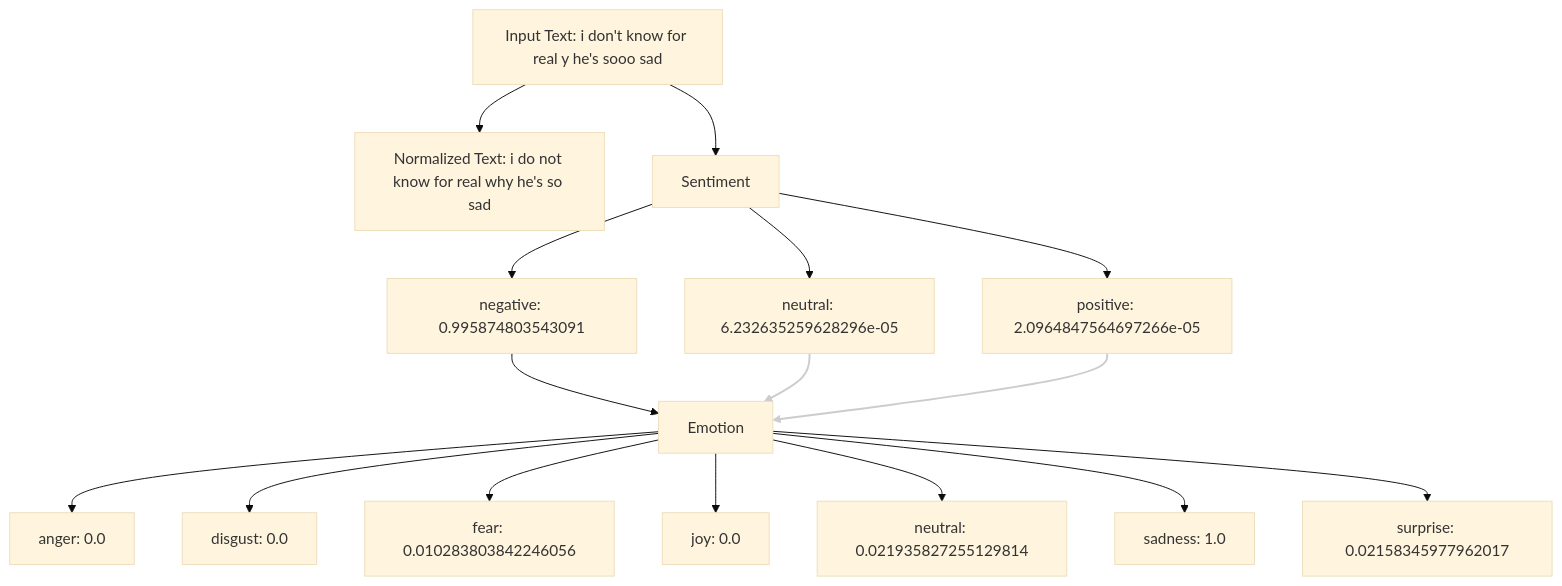
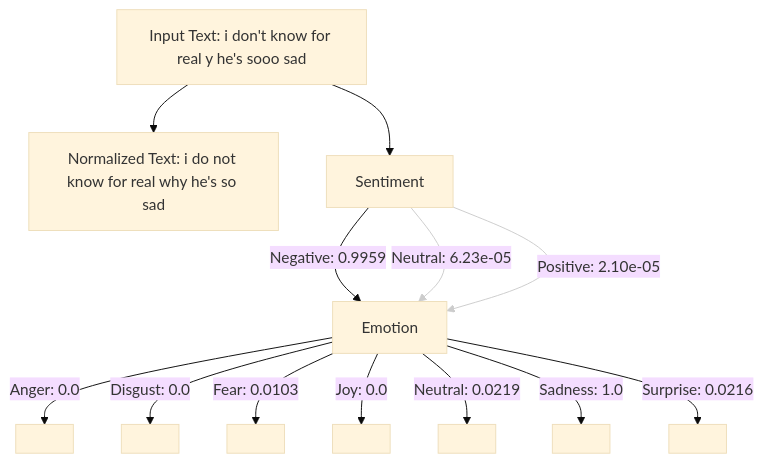
The first of 3 diagrams in README.md (ArchismanKarmakar/Tachygraphy-Microtext-Analysis-And-Normalization), drawn with Mermaid (base theme) before and after one commit. The commit also changed other lines of this file, not shown here.

````diff
--- a/README.md
+++ b/README.md
@@ -72,43 +72,27 @@
 ```mermaid
 graph TD;
     A["Input Text: i don't know for real y he's sooo sad"]
     B["Normalized Text: i do not know for real why he's so sad"]
     C["Sentiment"]
     
-    D["negative: 0.995874803543091"]
-    E["neutral: 6.232635259628296e-05"]
-    F["positive: 2.0964847564697266e-05"]
+    C -- Negative: 0.9959 --> G["Emotion"]
+    C -- Neutral: 6.23e-05 --> G
+    C -- Positive: 2.10e-05 --> G
 
-    G["Emotion"]
-    
-    H["anger: 0.0"]
-    I["disgust: 0.0"]
-    J["fear: 0.010283803842246056"]
-    K["joy: 0.0"]
-    L["neutral: 0.021935827255129814"]
-    M["sadness: 1.0"]
-    N["surprise: 0.02158345977962017"]
+    G -- Anger: 0.0 --> H[" "]
+    G -- Disgust: 0.0 --> I[" "]
+    G -- Fear: 0.0103 --> J[" "]
+    G -- Joy: 0.0 --> K[" "]
+    G -- Neutral: 0.0219 --> L[" "]
+    G -- Sadness: 1.0 --> M[" "]
+    G -- Surprise: 0.0216 --> N[" "]
 
     A --> B
     A --> C
-    C --> D
-    C --> E
-    C --> F
 
-    D --> G
-    E --> G
-    F --> G
+%% Style the edges from "Neutral" and "Positive" to "Emotion" with a lighter stroke.
+linkStyle 1 stroke:#cccccc, stroke-width:1px;
+linkStyle 2 stroke:#cccccc, stroke-width:1px;
 
-    G --> H
-    G --> I
-    G --> J
-    G --> K
-    G --> L
-    G --> M
-    G --> N
-
-%% Style the edges from "neutral" and "positive" to "Emotion" with a lighter stroke.
-linkStyle 6 stroke:#cccccc, stroke-width:2px;
-linkStyle 7 stroke:#cccccc, stroke-width:2px;
 
 ```
````
